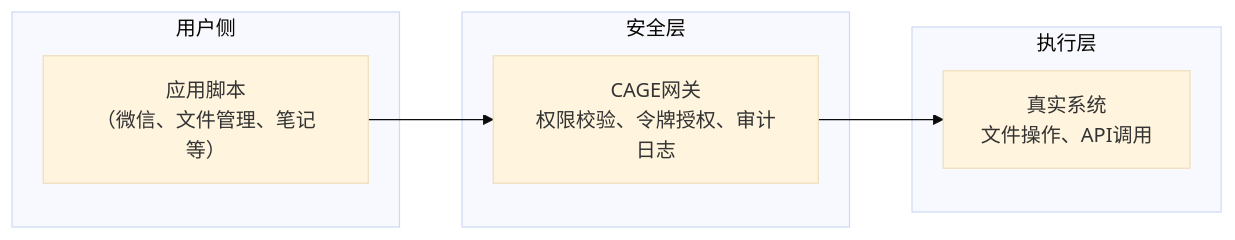
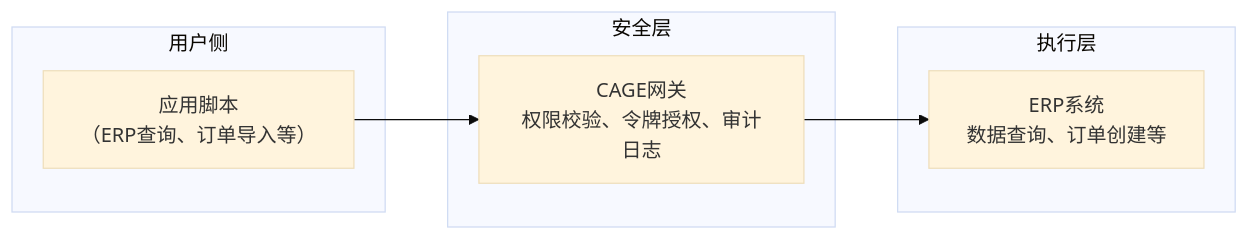
The diagram in README.md (CognitiveCityState/ColdMirror), drawn with Mermaid (base theme) before and after one commit. The commit also changed other lines of this file, not shown here.

````diff
--- a/README.md
+++ b/README.md
@@ -26,17 +37,17 @@
 ```mermaid
 graph LR
     subgraph 用户侧
-        A[应用脚本<br>（微信、文件管理、笔记等）]
+        A[应用脚本<br>（ERP查询、订单导入等）]
     end
 
     subgraph 安全层
         B[CAGE网关<br>权限校验、令牌授权、审计日志]
     end
 
     subgraph 执行层
-        C[真实系统<br>文件操作、API调用]
+        C[ERP系统<br>数据查询、订单创建等]
     end
 
     A --> B
     B --> C
 ```
````
